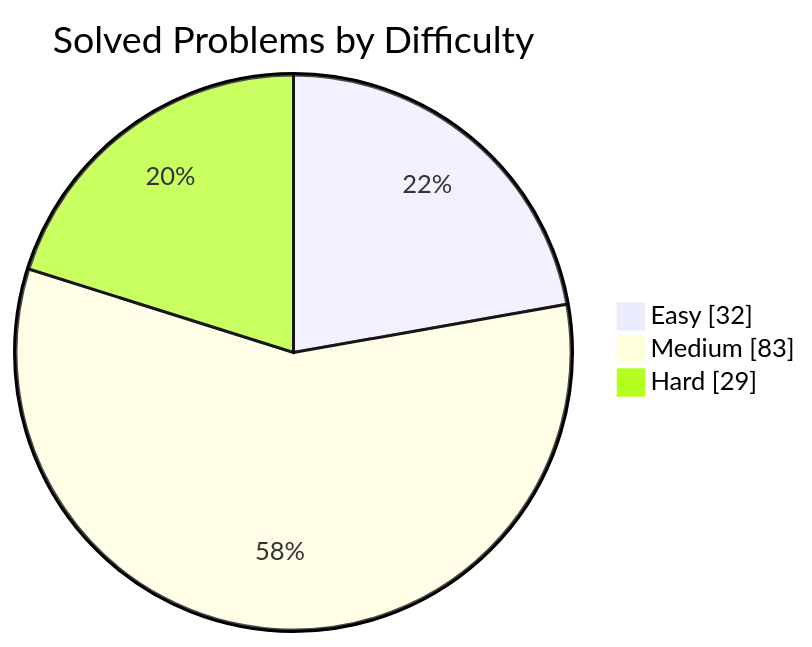
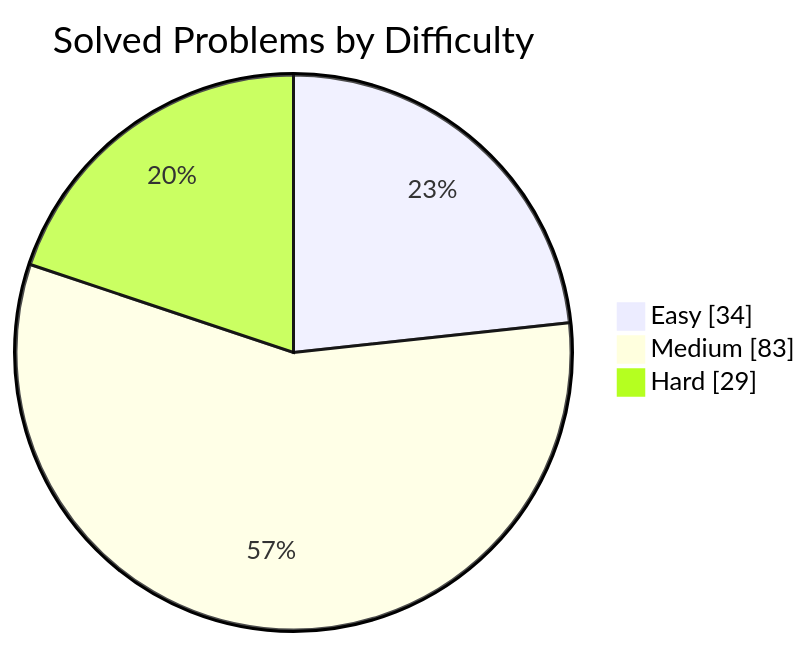
One commit to manikantbindass/DSA-Preparation-FAANG changed the first of 2 diagrams in README.md. Above: the diagram before and after it, drawn with Mermaid. The commit also changed other lines of this file, not shown here.

````diff
--- a/README.md
+++ b/README.md
@@ -38,7 +38,7 @@
 ```mermaid
 pie showData
     title Solved Problems by Difficulty
-    "Easy" : 32
+    "Easy" : 34
     "Medium" : 83
     "Hard" : 29
 ```
````
